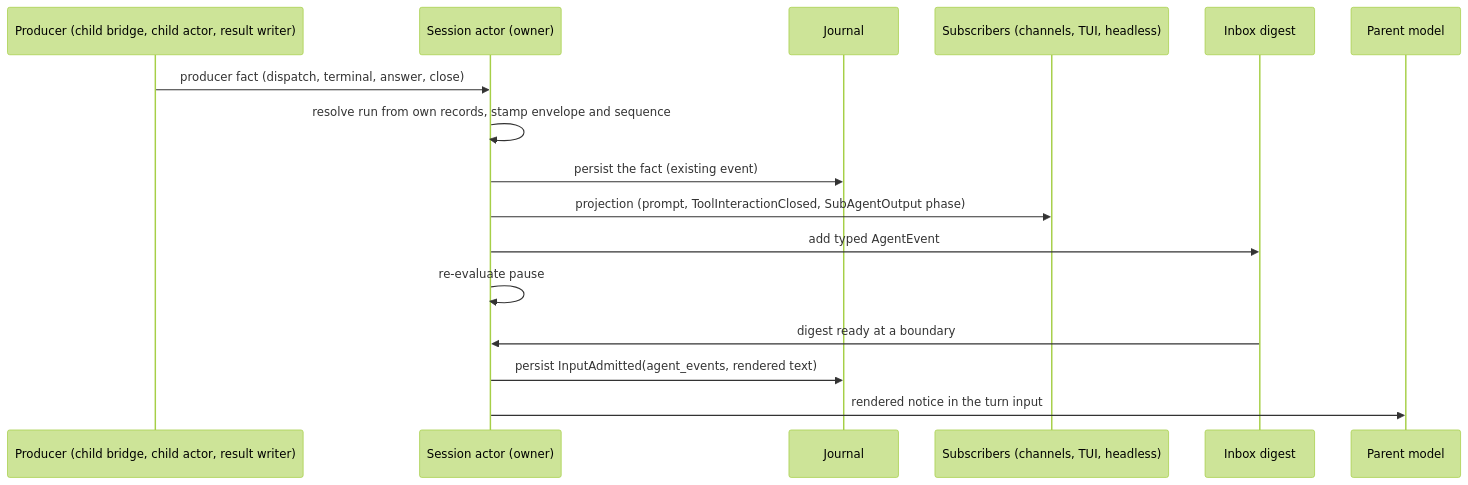
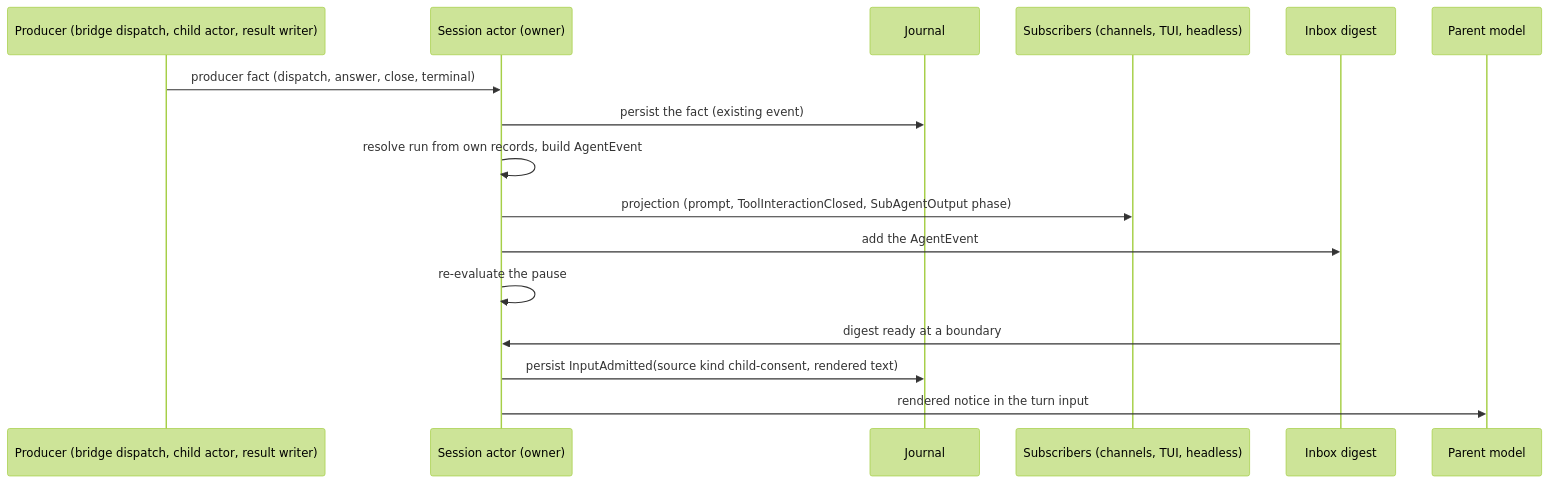
The second of 3 diagrams in openspec/changes/child-approval-events-and-parent-pause/design.md (netclaw-dev/netclaw), drawn with Mermaid (forest theme) before and after one commit. The commit also changed other lines of this file and 1 other file, not shown here.

First line of the commit message:
Apply the owner decisions and add the durable child wait to the design

````diff
--- a/openspec/changes/child-approval-events-and-parent-pause/design.md
+++ b/openspec/changes/child-approval-events-and-parent-pause/design.md
@@ -375,18 +471,18 @@
 ```mermaid
 sequenceDiagram
-    participant P as Producer (child bridge, child actor, result writer)
+    participant P as Producer (bridge dispatch, child actor, result writer)
     participant S as Session actor (owner)
     participant J as Journal
     participant Sub as Subscribers (channels, TUI, headless)
     participant I as Inbox digest
     participant M as Parent model
-    P->>S: producer fact (dispatch, terminal, answer, close)
-    S->>S: resolve run from own records, stamp envelope and sequence
+    P->>S: producer fact (dispatch, answer, close, terminal)
     S->>J: persist the fact (existing event)
+    S->>S: resolve run from own records, build AgentEvent
     S->>Sub: projection (prompt, ToolInteractionClosed, SubAgentOutput phase)
-    S->>I: add typed AgentEvent
-    S->>S: re-evaluate pause
+    S->>I: add the AgentEvent
+    S->>S: re-evaluate the pause
     I->>S: digest ready at a boundary
-    S->>J: persist InputAdmitted(agent_events, rendered text)
+    S->>J: persist InputAdmitted(source kind child-consent, rendered text)
     S->>M: rendered notice in the turn input
 ```
````
